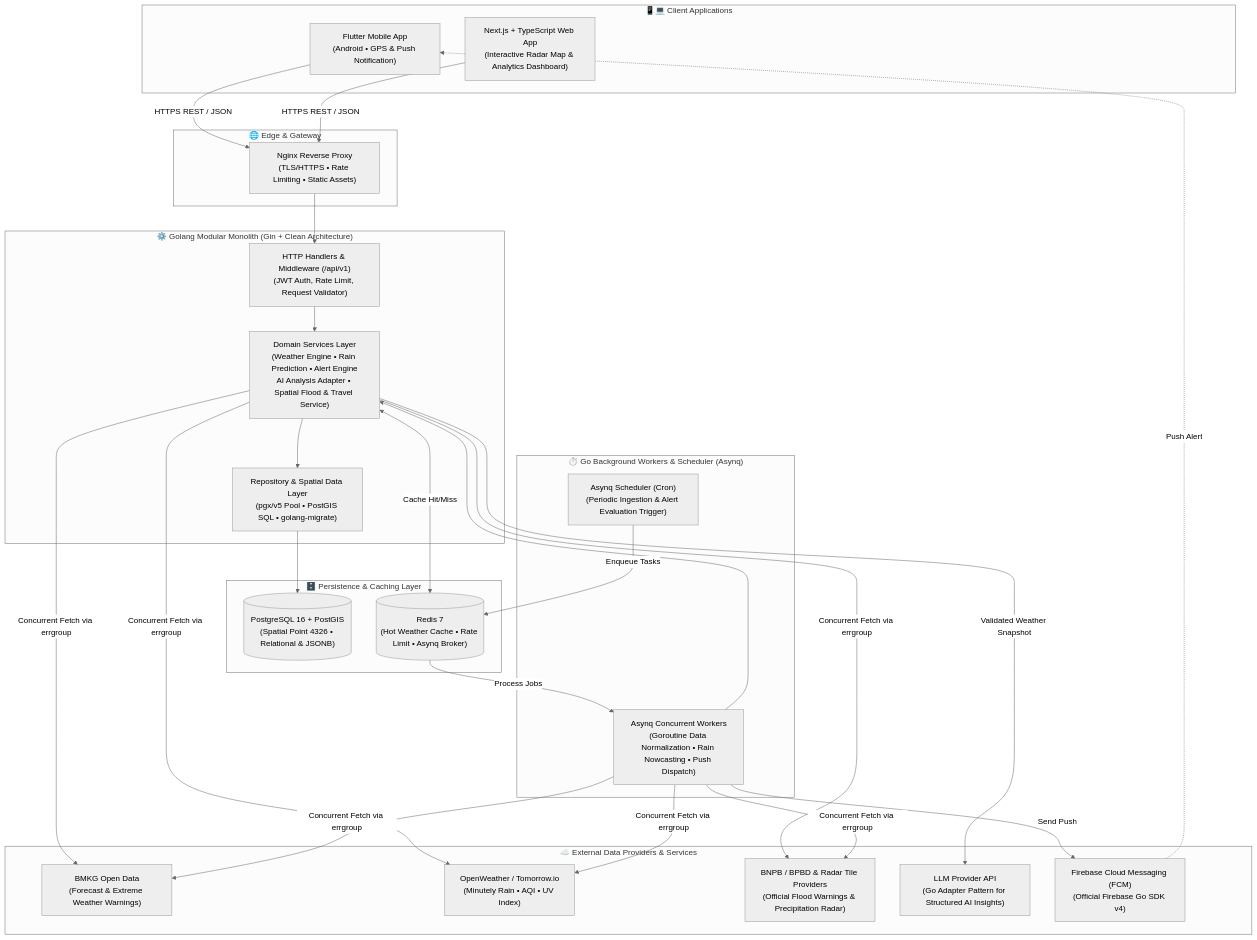
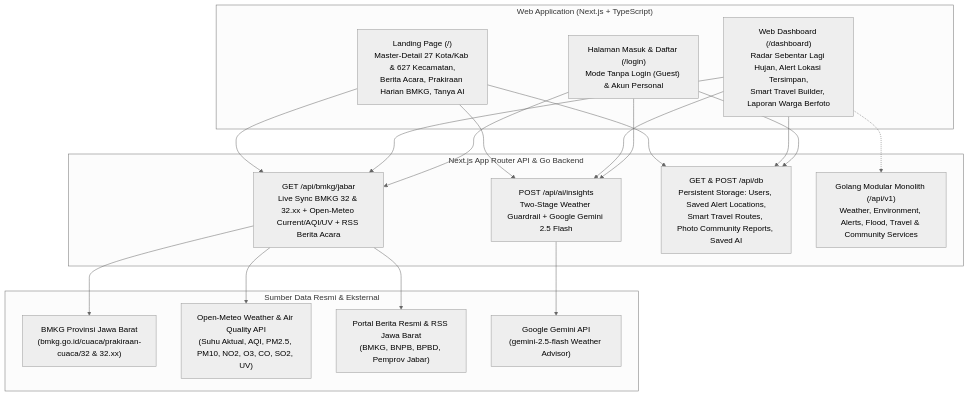
One commit to afrizadwi21/weatherly changed the first of 2 diagrams in README.md. Above: the diagram before and after it, drawn with Mermaid (neutral theme). The commit also changed other lines of this file and 31 other files, not shown here.

Commit message:
feat(web): complete West Java 27 Kota/Kab & 627 Kecamatan BMKG 32 web platform, live Berita Acara, daily forecasts, photo community reports, and remove mobile dependencies

````diff
--- a/README.md
+++ b/README.md
@@ -57,51 +45,27 @@
 ```mermaid
 flowchart TB
-    subgraph Clients["📱💻 Client Applications"]
-        Mobile["Flutter Mobile App\n(Android • GPS & Push Notification)"]
-        Web["Next.js + TypeScript Web App\n(Interactive Radar Map & Analytics Dashboard)"]
+    subgraph Client["Web Application (Next.js + TypeScript)"]
+        Landing["Landing Page (/)\nMaster-Detail 27 Kota/Kab & 627 Kecamatan,\nBerita Acara, Prakiraan Harian BMKG, Tanya AI"]
+        Dashboard["Web Dashboard (/dashboard)\nRadar Sebentar Lagi Hujan, Alert Lokasi Tersimpan,\nSmart Travel Builder, Laporan Warga Berfoto"]
+        AuthUI["Halaman Masuk & Daftar (/login)\nMode Tanpa Login (Guest) & Akun Personal"]
     end
 
-    subgraph Edge["🌐 Edge & Gateway"]
-        Nginx["Nginx Reverse Proxy\n(TLS/HTTPS • Rate Limiting • Static Assets)"]
+    subgraph WebAPI["Next.js App Router API & Go Backend"]
+        BMKGApi["GET /api/bmkg/jabar\nLive Sync BMKG 32 & 32.xx + Open-Meteo Current/AQI/UV + RSS Berita Acara"]
+        AIApi["POST /api/ai/insights\nTwo-Stage Weather Guardrail + Google Gemini 2.5 Flash"]
+        DBApi["GET & POST /api/db\nPersistent Storage: Users, Saved Alert Locations,\nSmart Travel Routes, Photo Community Reports, Saved AI"]
+        GoAPI["Golang Modular Monolith (/api/v1)\nWeather, Environment, Alerts, Flood, Travel & Community Services"]
     end
 
-    subgraph Backend["⚙️ Golang Modular Monolith (Gin + Clean Architecture)"]
-        API["HTTP Handlers & Middleware (/api/v1)\n(JWT Auth, Rate Limit, Request Validator)"]
-        Services["Domain Services Layer\n(Weather Engine • Rain Prediction • Alert Engine\nAI Analysis Adapter • Spatial Flood & Travel Service)"]
-        Repos["Repository & Spatial Data Layer\n(pgx/v5 Pool • PostGIS SQL • golang-migrate)"]
+    subgraph External["Sumber Data Resmi & Eksternal"]
+        BMKG["BMKG Provinsi Jawa Barat\n(bmkg.go.id/cuaca/prakiraan-cuaca/32 & 32.xx)"]
+        OpenMeteo["Open-Meteo Weather & Air Quality API\n(Suhu Aktual, AQI, PM2.5, PM10, NO2, O3, CO, SO2, UV)"]
+        NewsRSS["Portal Berita Resmi & RSS Jawa Barat\n(BMKG, BNPB, BPBD, Pemprov Jabar)"]
+        Gemini["Google Gemini API\n(gemini-2.5-flash Weather Advisor)"]
     end
 
-    subgraph AsyncWorkers["⏱️ Go Background Workers & Scheduler (Asynq)"]
-        Scheduler["Asynq Scheduler (Cron)\n(Periodic Ingestion & Alert Evaluation Trigger)"]
-        Worker["Asynq Concurrent Workers\n(Goroutine Data Normalization • Rain Nowcasting • Push Dispatch)"]
-    end
-
-    subgraph DataStore["🗄️ Persistence & Caching Layer"]
-        Postgres[("PostgreSQL 16 + PostGIS\n(Spatial Point 4326 • Relational & JSONB)")]
-        Redis[("Redis 7\n(Hot Weather Cache • Rate Limit • Asynq Broker)")]
-    end
-
-    subgraph External["☁️ External Data Providers & Services"]
-        BMKG["BMKG Open Data\n(Forecast & Extreme Weather Warnings)"]
-        OWM["OpenWeather / Tomorrow.io\n(Minutely Rain • AQI • UV Index)"]
-        FloodSrc["BNPB / BPBD & Radar Tile Providers\n(Official Flood Warnings & Precipitation Radar)"]
-        LLM["LLM Provider API\n(Go Adapter Pattern for Structured AI Insights)"]
-        FCM["Firebase Cloud Messaging (FCM)\n(Official Firebase Go SDK v4)"]
-    end
-
-    Mobile & Web -->|HTTPS REST / JSON| Nginx
-    Nginx --> API
-    API --> Services
-    Services --> Repos
-    Repos --> Postgres
-    Services <-->|Cache Hit/Miss| Redis
-
-    Scheduler -->|Enqueue Tasks| Redis
-    Redis -->|Process Jobs| Worker
-    Worker --> Services
-    Worker -->|Send Push| FCM
-    FCM -.->|Push Alert| Mobile
-
-    Services & Worker -->|Concurrent Fetch via errgroup| BMKG & OWM & FloodSrc
-    Services -->|Validated Weather Snapshot| LLM
+    Landing & Dashboard & AuthUI --> BMKGApi & AIApi & DBApi
+    Dashboard -.-> GoAPI
+    BMKGApi --> BMKG & OpenMeteo & NewsRSS
+    AIApi --> Gemini
 ```
````
